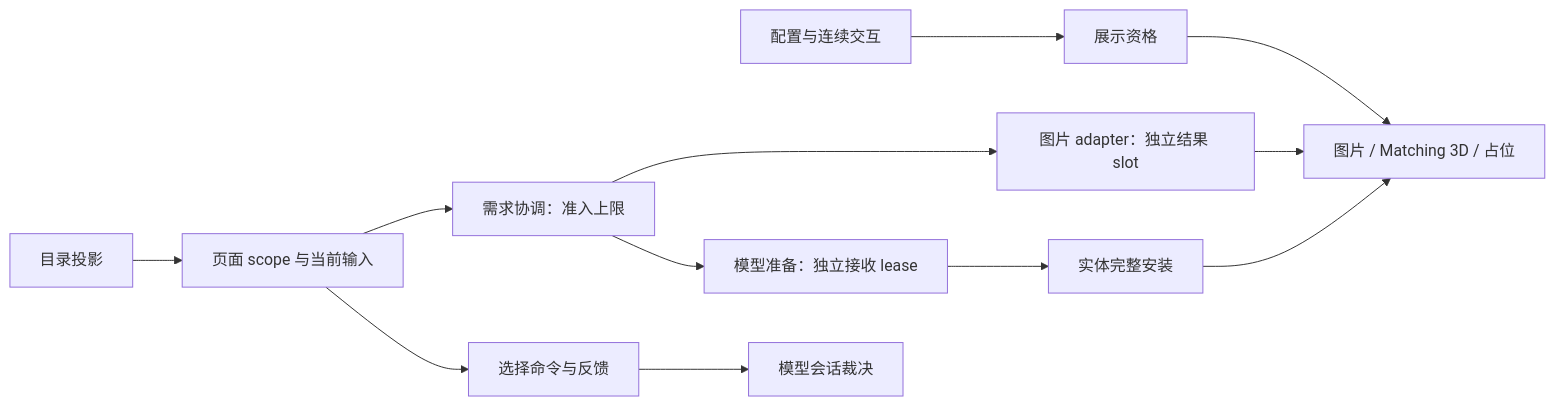
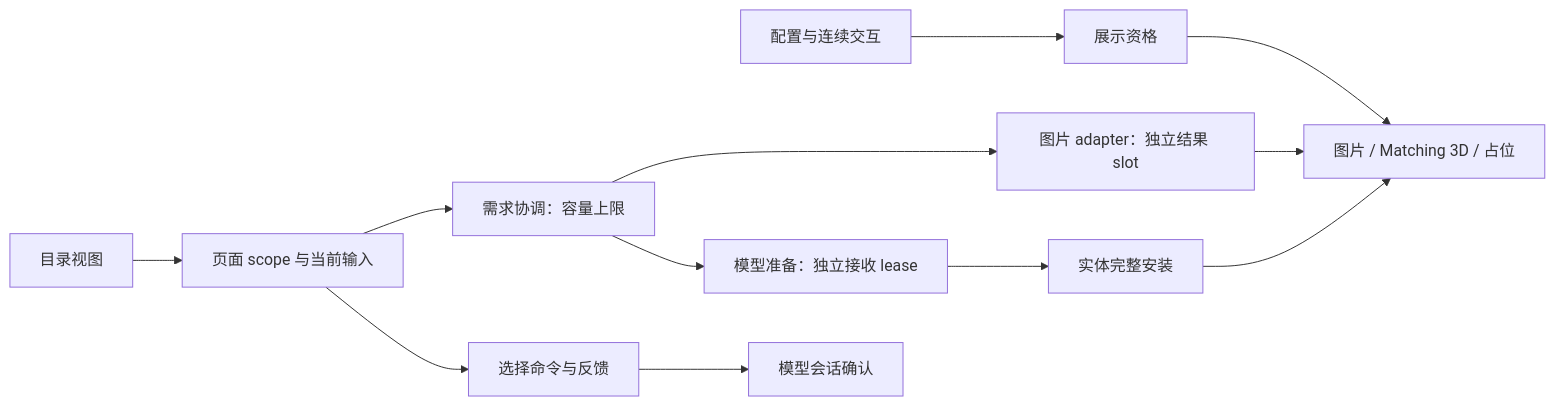
Before and after one commit to YesSteveModel/YesSteveModel: the diagram in docs/architecture/client-presentation/overview.md, drawn with Mermaid. The commit also changed other lines of this file and 1109 other files, not shown here.

````diff
--- a/docs/architecture/client-presentation/overview.md
+++ b/docs/architecture/client-presentation/overview.md
@@ -32,14 +32,14 @@
 ```mermaid
 flowchart LR
-    Catalog["目录投影"] --> Page["页面 scope 与当前输入"]
+    Catalog["目录视图"] --> Page["页面 scope 与当前输入"]
     Config["配置与连续交互"] --> Eligibility["展示资格"]
-    Page --> Demand["需求协调：准入上限"]
+    Page --> Demand["需求协调：容量上限"]
     Demand --> Images["图片 adapter：独立结果 slot"]
     Demand --> Ready["模型准备：独立接收 lease"]
     Ready --> Install["实体完整安装"]
     Eligibility --> View["图片 / Matching 3D / 占位"]
     Images --> View
     Install --> View
     Page --> Selection["选择命令与反馈"]
-    Selection --> Authority["模型会话裁决"]
+    Selection --> Authority["模型会话确认"]
 ```
````
